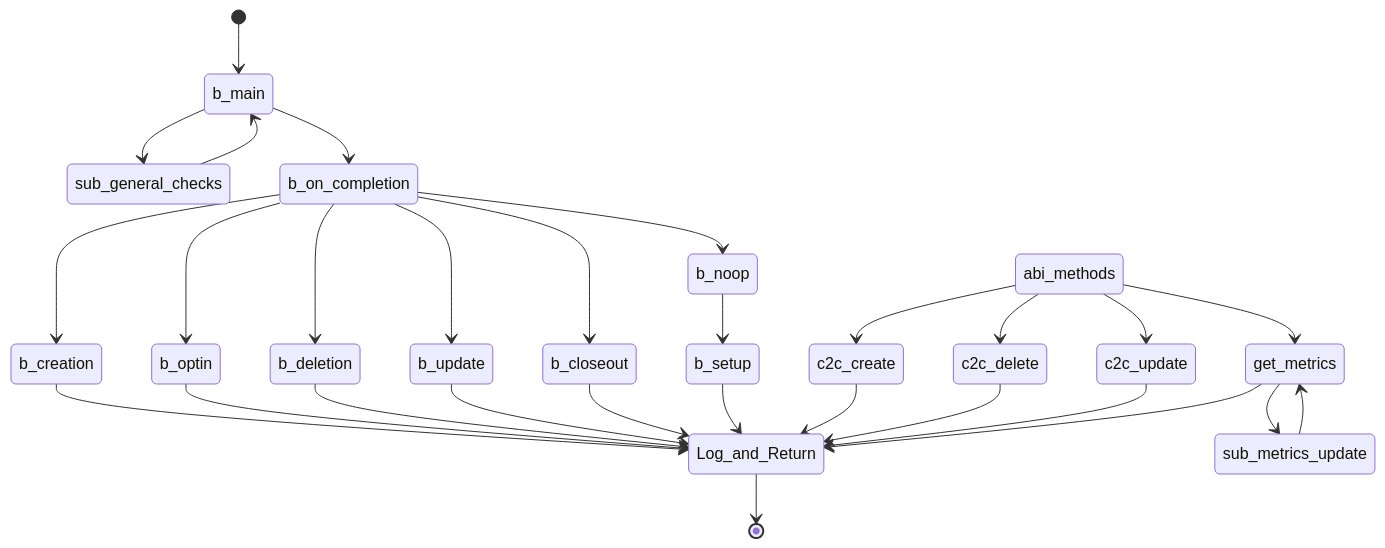
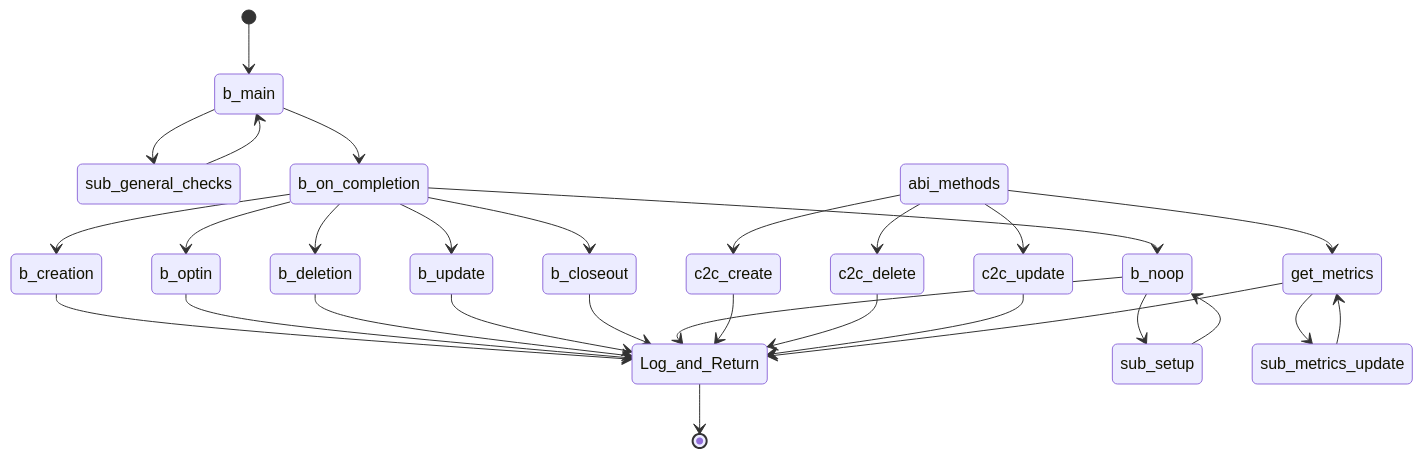
One commit to GoPlausible/.github changed the seventh of 10 diagrams in profile/README.md. Above: the diagram before and after it, drawn with Mermaid.

````diff
--- a/profile/README.md
+++ b/profile/README.md
@@ -256,37 +256,38 @@
 ```mermaid
   stateDiagram-v2
     [*] --> b_main
     b_main --> sub_general_checks
     sub_general_checks --> b_main
     b_main --> b_on_completion
     b_on_completion --> b_creation
     b_creation --> Log_and_Return
     b_on_completion --> b_optin
     b_optin --> Log_and_Return
     b_on_completion --> b_deletion
     b_deletion --> Log_and_Return
     b_on_completion --> b_update
     b_update --> Log_and_Return
     b_on_completion --> b_closeout
     b_closeout --> Log_and_Return
 
     b_on_completion --> b_noop
-    b_noop --> b_setup
-    b_setup --> Log_and_Return
+    b_noop --> sub_setup
+    sub_setup --> b_noop
+    b_noop --> Log_and_Return
 
     abi_methods --> c2c_create
     c2c_create --> Log_and_Return
     abi_methods --> c2c_delete
     c2c_delete --> Log_and_Return
     abi_methods --> c2c_update
     c2c_update --> Log_and_Return
 
    
     abi_methods --> get_metrics
     get_metrics --> sub_metrics_update
     sub_metrics_update --> get_metrics
     get_metrics --> Log_and_Return
 
     Log_and_Return --> [*]
     
 ```
````
